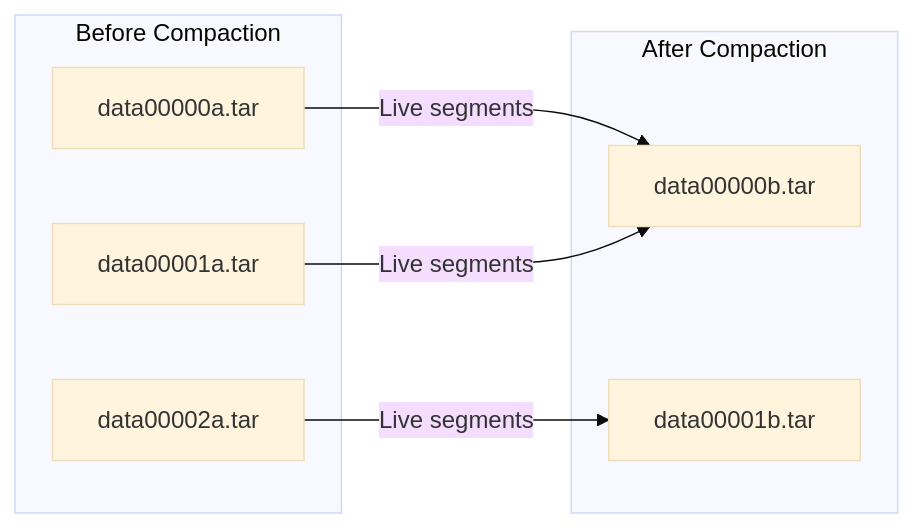
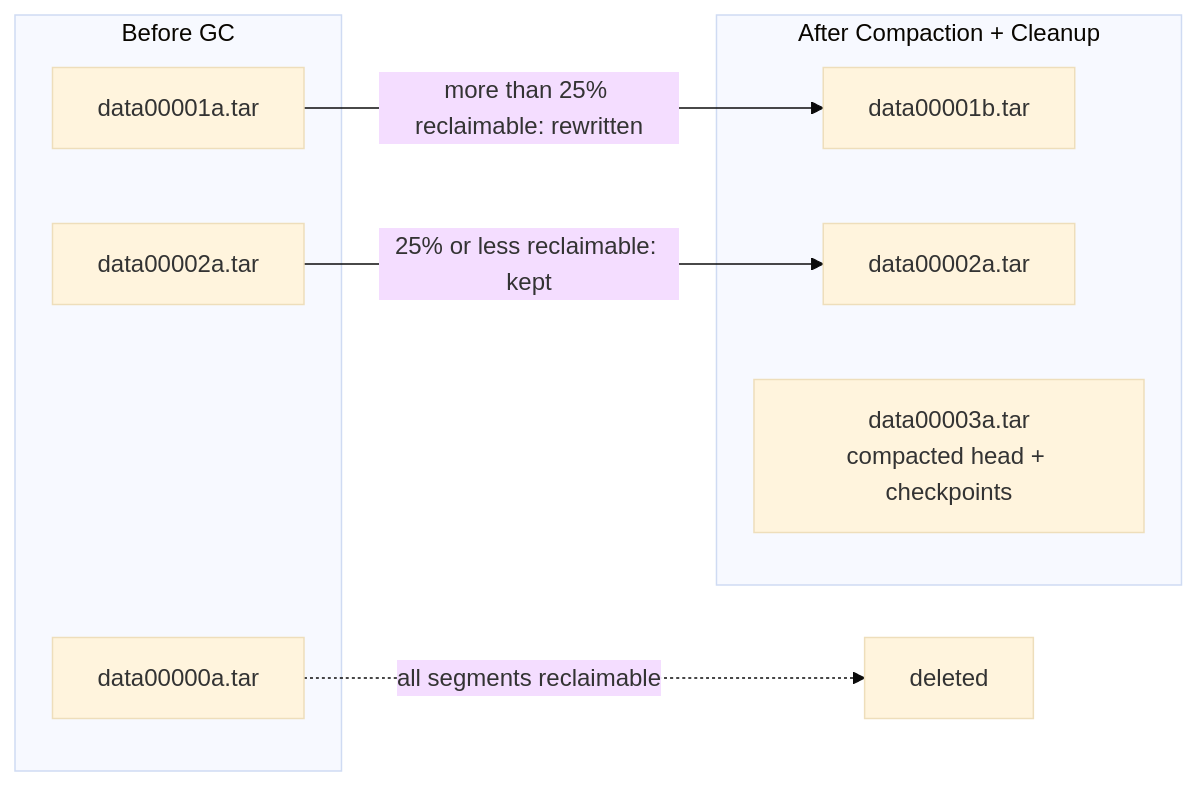
Before and after one commit to somarc/oak-magnum-oakus: the diagram in docs/architecture/tar-files.md, drawn with Mermaid (base theme). The commit also changed other lines of this file and 32 other files, not shown here.

````diff
--- a/docs/architecture/tar-files.md
+++ b/docs/architecture/tar-files.md
@@ -193,17 +190,18 @@
 ```mermaid
 graph LR
-    subgraph "Before Compaction"
+    subgraph "Before GC"
         A1[data00000a.tar]
         A2[data00001a.tar]
         A3[data00002a.tar]
     end
     
-    subgraph "After Compaction"
-        B1[data00000b.tar]
-        B2[data00001b.tar]
+    subgraph "After Compaction + Cleanup"
+        B1[data00001b.tar]
+        B2[data00002a.tar]
+        B3[data00003a.tar<br/>compacted head + checkpoints]
     end
     
-    A1 --> |Live segments| B1
-    A2 --> |Live segments| B1
-    A3 --> |Live segments| B2
+    A1 -.-> |all segments reclaimable| D[deleted]
+    A2 --> |more than 25% reclaimable: rewritten| B1
+    A3 --> |25% or less reclaimable: kept| B2
 ```
````
